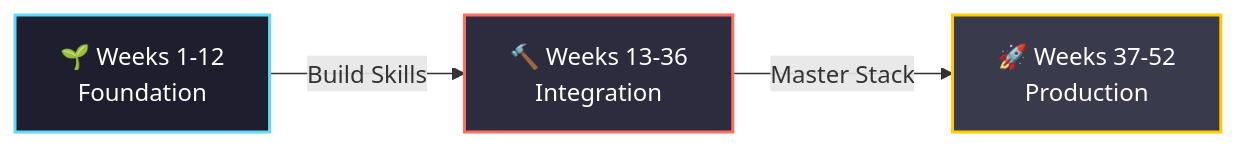
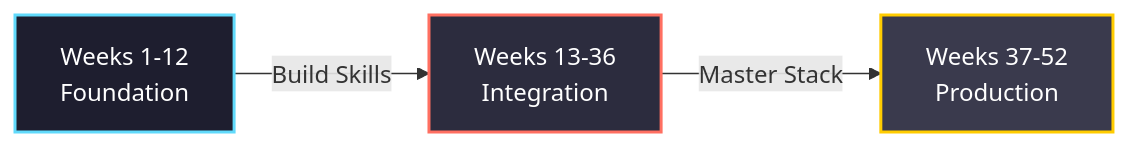
One commit to pak-pow/PROJECT52 changed the diagram in README.md. Above: the diagram before and after it, drawn with Mermaid. The commit also changed other lines of this file, not shown here.

Commit message:
docs(readme): clean emojis from master overview flowchart and phase headers

````diff
--- a/README.md
+++ b/README.md
@@ -17,9 +17,9 @@
 ```mermaid
 graph LR
-    A[🌱 Weeks 1-12<br/>Foundation] -->|Build Skills| B[🔨 Weeks 13-36<br/>Integration]
-    B -->|Master Stack| C[🚀 Weeks 37-52<br/>Production]
+    A[Weeks 1-12<br/>Foundation] -->|Build Skills| B[Weeks 13-36<br/>Integration]
+    B -->|Master Stack| C[Weeks 37-52<br/>Production]
     
     style A fill:#1e1e2f,stroke:#61dafb,stroke-width:2px,color:#ffffff
     style B fill:#2c2c3e,stroke:#ff6f61,stroke-width:2px,color:#ffffff
     style C fill:#3a3a4d,stroke:#ffcc00,stroke-width:2px,color:#ffffff
 ```
````
